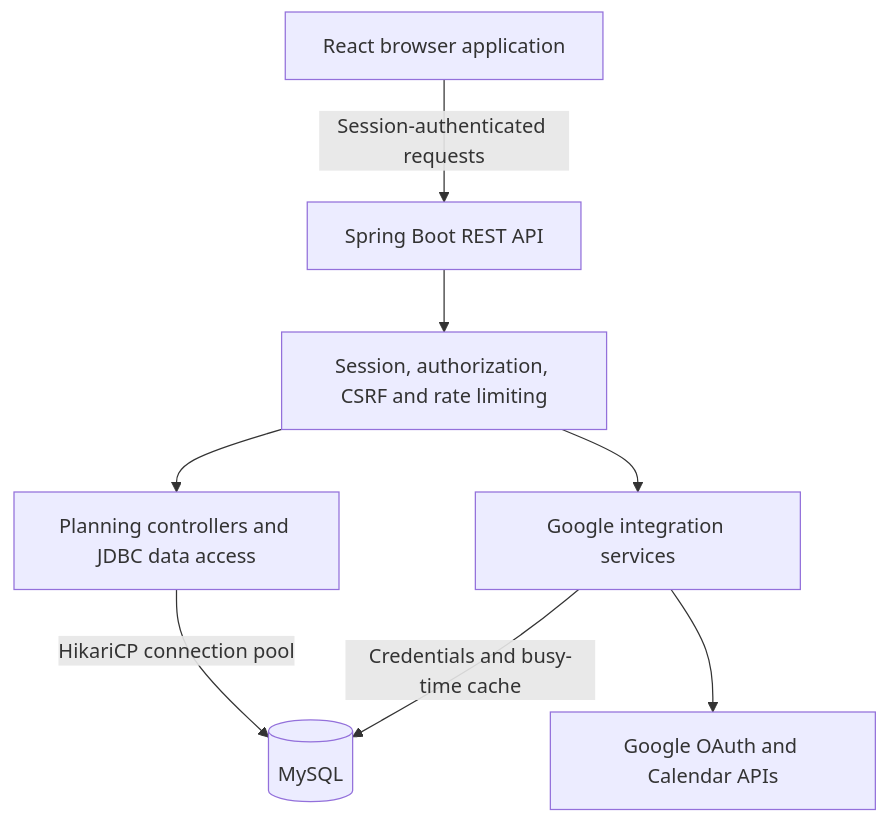
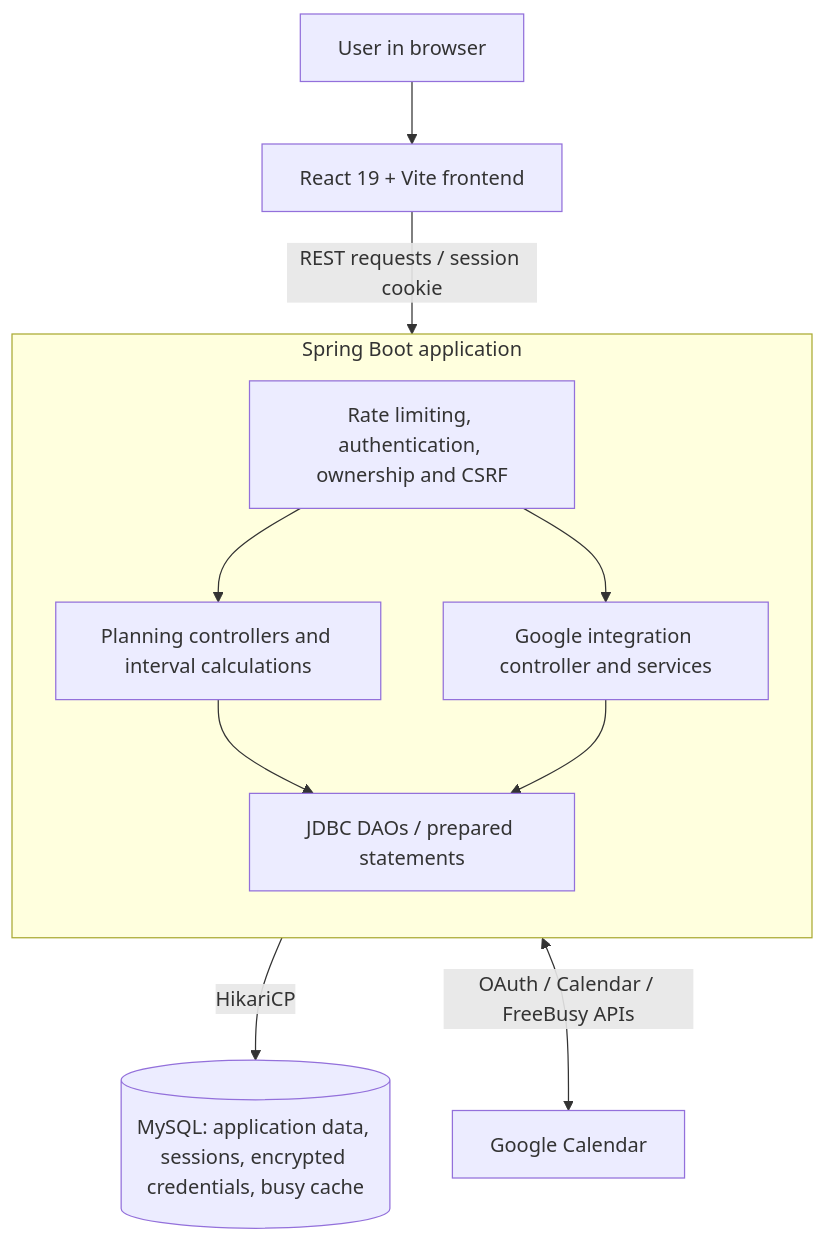
Before and after one commit to magicalMAN1904/Outing-Planner: the diagram in README.md, drawn with Mermaid. The commit also changed other lines of this file, not shown here.

Commit message:
Improve portfolio README presentation and architecture

````diff
--- a/README.md
+++ b/README.md
@@ -79,18 +78,20 @@
 ```mermaid
-flowchart TD
-    UI["React browser application"]
-    API["Spring Boot REST API"]
-    GUARD["Session, authorization, CSRF and rate limiting"]
-    DOMAIN["Planning controllers and JDBC data access"]
-    GOOGLE["Google integration services"]
-    DB[("MySQL")]
-    PROVIDER["Google OAuth and Calendar APIs"]
+flowchart TB
+    USER["User in browser"] --> FE["React 19 + Vite frontend"]
 
-    UI -->|"Session-authenticated requests"| API
-    API --> GUARD
-    GUARD --> DOMAIN
-    GUARD --> GOOGLE
-    DOMAIN -->|"HikariCP connection pool"| DB
-    GOOGLE -->|"Credentials and busy-time cache"| DB
-    GOOGLE --> PROVIDER
+    subgraph BE["Spring Boot application"]
+      direction TB
+      GUARD["Rate limiting, authentication, ownership and CSRF"]
+      PLAN["Planning controllers and interval calculations"]
+      CAL["Google integration controller and services"]
+      JDBC["JDBC DAOs / prepared statements"]
+      GUARD --> PLAN
+      GUARD --> CAL
+      PLAN --> JDBC
+      CAL --> JDBC
+    end
+
+    FE -->|"REST requests / session cookie"| GUARD
+    JDBC -->|"HikariCP"| DB[("MySQL: application data, sessions, encrypted credentials, busy cache")]
+    CAL <-->|"OAuth / Calendar / FreeBusy APIs"| GOOGLE["Google Calendar"]
 ```
````
